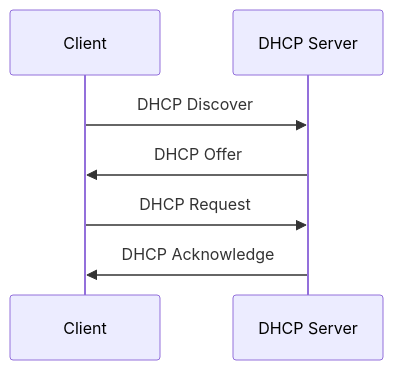
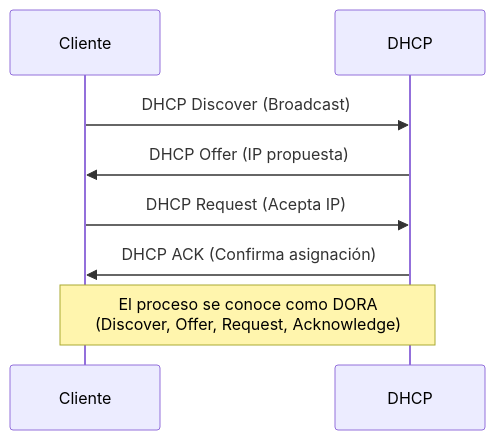
Before and after one commit to ulysses-ck/grupo-redes-ifts-2025: the fourth of 19 diagrams in tps/tp1.md, drawn with Mermaid. The commit also changed other lines of this file, not shown here.

Commit message:
feat: add detailed mermaid diagrams for DHCP, DNS, wireless standards, OSPF, ARP, OSI model, and Ethernet IEEE 802.3

````diff
--- a/tps/tp1.md
+++ b/tps/tp1.md
@@ -287,9 +287,12 @@
 ```mermaid
 sequenceDiagram
-    participant Client
-    participant DHCP Server
-    Client->>DHCP Server: DHCP Discover
-    DHCP Server->>Client: DHCP Offer
-    Client->>DHCP Server: DHCP Request
-    DHCP Server->>Client: DHCP Acknowledge
+    participant Cliente
+    participant DHCP
+    
+    Cliente->>DHCP: DHCP Discover (Broadcast)
+    DHCP->>Cliente: DHCP Offer (IP propuesta)
+    Cliente->>DHCP: DHCP Request (Acepta IP)
+    DHCP->>Cliente: DHCP ACK (Confirma asignación)
+    
+    Note over Cliente,DHCP: El proceso se conoce como DORA<br/>(Discover, Offer, Request, Acknowledge)
 ```
````
